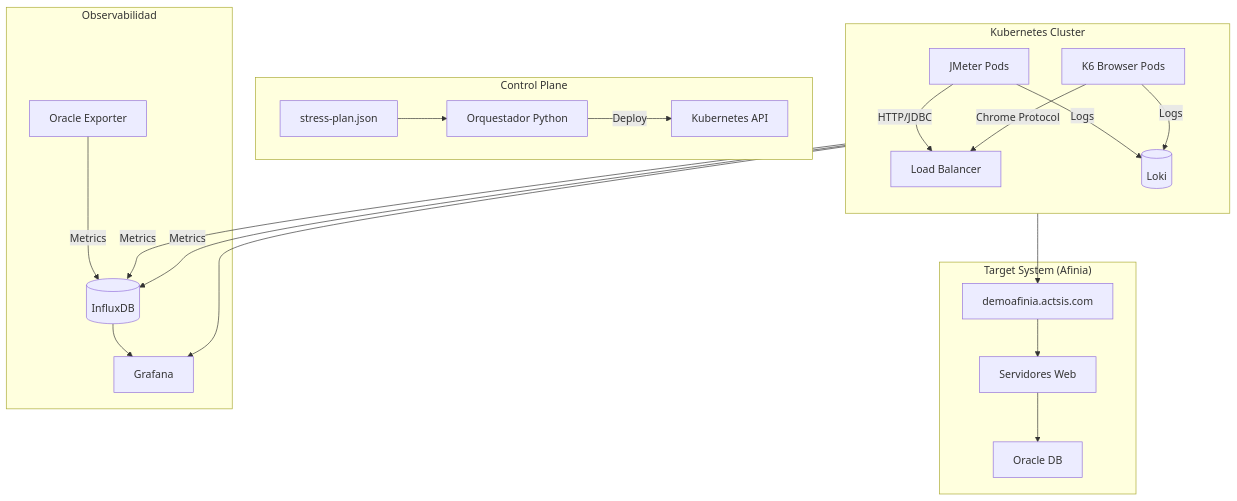
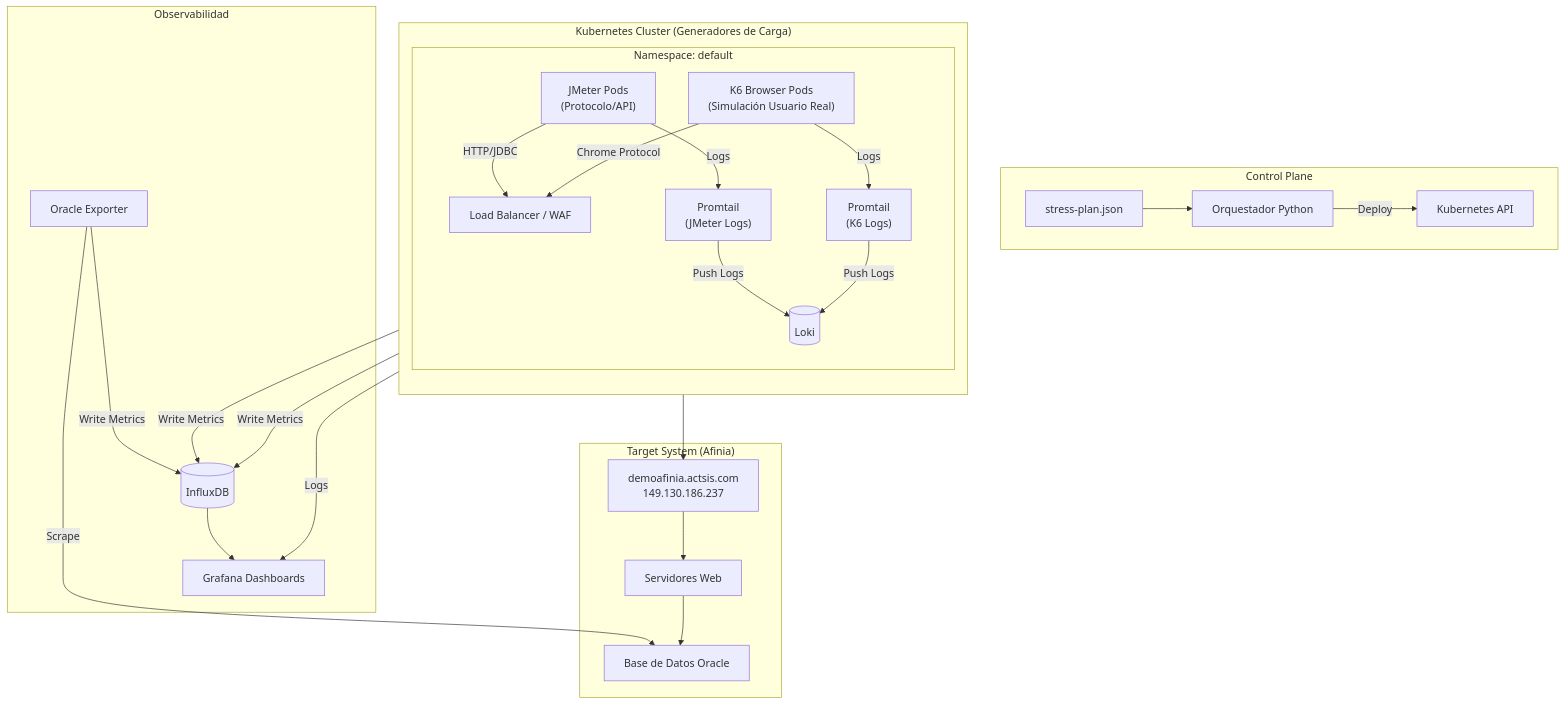
The diagram in slides/afinia_monitoring.md (DanielRondonGarcia/DanielRondonGarcia.github.io), drawn with Mermaid before and after one commit. The commit also changed other lines of this file and 8 other files, not shown here.

First line of the commit message:
Add ESLint config and mermaid viewer scripts

````diff
--- a/slides/afinia_monitoring.md
+++ b/slides/afinia_monitoring.md
@@ -219,29 +291,46 @@
 ```mermaid
 graph TD
     subgraph "Control Plane"
         Orchestrator[Orquestador Python] -->|Deploy| K8sAPI[Kubernetes API]
         Plan[stress-plan.json] --> Orchestrator
     end
 
-    subgraph "Kubernetes Cluster"
+    subgraph "Kubernetes Cluster (Generadores de Carga)"
         direction TB
-        JMeter[JMeter Pods] -->|HTTP/JDBC| LB1[Load Balancer]
-        K6[K6 Browser Pods] -->|Chrome Protocol| LB1
-        JMeter -->|Logs| Loki[(Loki)]
-        K6 -->|Logs| Loki
+        subgraph "Namespace: default"
+            JMeter["JMeter Pods<br/>(Protocolo/API)"]
+            JMeterPromtail["Promtail<br/>(JMeter Logs)"]
+            K6["K6 Browser Pods<br/>(Simulación Usuario Real)"]
+            K6Promtail["Promtail<br/>(K6 Logs)"]
+
+            JMeter -->|HTTP/JDBC| LB1[Load Balancer / WAF]
+            K6 -->|Chrome Protocol| LB1
+            %% Logs hacia promtail
+            JMeter -->|Logs| JMeterPromtail
+            K6 -->|Logs| K6Promtail
+            %% promtail hacia Loki
+            JMeterPromtail -->|Push Logs| Loki[(Loki)]
+            K6Promtail -->|Push Logs| Loki
+        end
     end
 
     subgraph "Target System (Afinia)"
-        LB1 --> LB[demoafinia.actsis.com]
-        LB --> WebSrv[Servidores Web]
-        WebSrv --> DB[Oracle DB]
+        LB["demoafinia.actsis.com<br/>149.130.186.237"] --> WebSrv[Servidores Web]
+        WebSrv --> DB[Base de Datos Oracle]
     end
 
     subgraph "Observabilidad"
-        JMeter -->|Metrics| InfluxDB[(InfluxDB)]
-        K6 -->|Metrics| InfluxDB
-        OracleExp[Oracle Exporter] -->|Metrics| InfluxDB
-        InfluxDB --> Grafana[Grafana]
-        Loki --> Grafana
+        InfluxDB[(InfluxDB)]
+        Grafana[Grafana Dashboards]
+        OracleExp[Oracle Exporter]
+
+        JMeter -->|Write Metrics| InfluxDB
+        K6 -->|Write Metrics| InfluxDB
+        OracleExp -->|Scrape| DB
+        OracleExp -->|Write Metrics| InfluxDB
+        InfluxDB --> Grafana
+        Loki -->|Logs| Grafana
     end
+
+    LB1 --> LB
 ```
````
